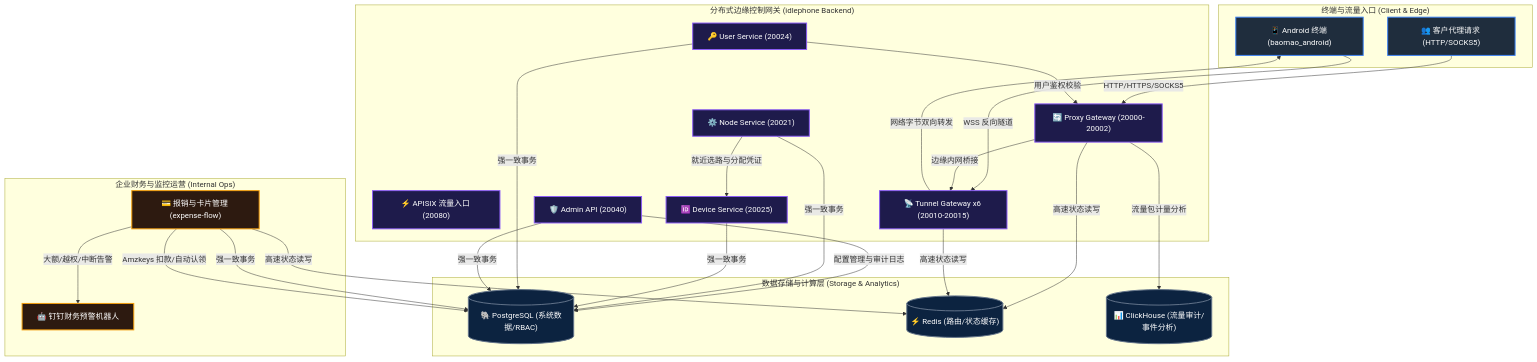
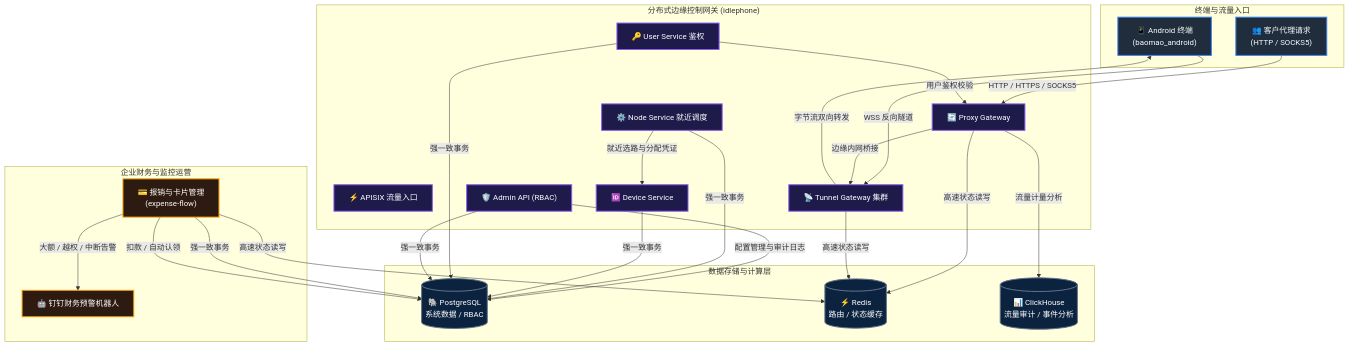
One commit to baoma-inc/.github changed the diagram in profile/README.md. Above: the diagram before and after it, drawn with Mermaid. The commit also changed other lines of this file and 4 other files, not shown here.

First line of the commit message:
feat: 组织主页全面升级 — 中文介绍 + 贡献排行榜 + Snake 图 + 自动统计

````diff
--- a/profile/README.md
+++ b/profile/README.md
@@ -44,54 +68,49 @@
 ```mermaid
 graph TD
-    %% Styling
     classDef client fill:#1f2d3d,stroke:#3b82f6,stroke-width:2px,color:#fff;
-    classDef edge fill:#111827,stroke:#10b981,stroke-width:2px,color:#fff;
     classDef backend fill:#1e1b4b,stroke:#8b5cf6,stroke-width:2px,color:#fff;
     classDef ops fill:#2d1a10,stroke:#f59e0b,stroke-width:2px,color:#fff;
     classDef db fill:#0c2340,stroke:#64748b,stroke-width:2px,color:#fff;
 
-    subgraph "终端与流量入口 (Client & Edge)"
-        Android["📱 Android 终端 (baomao_android)"]:::client
-        ProxyClient["👥 客户代理请求 (HTTP/SOCKS5)"]:::client
+    subgraph "终端与流量入口"
+        Android["📱 Android 终端<br>(baomao_android)"]:::client
+        ProxyClient["👥 客户代理请求<br>(HTTP / SOCKS5)"]:::client
     end
 
-    subgraph "分布式边缘控制网关 (idlephone Backend)"
-        APISIX["⚡ APISIX 流量入口 (20080)"]:::backend
-        ProxyGW["🔄 Proxy Gateway (20000-20002)"]:::backend
-        TunnelGW["📡 Tunnel Gateway x6 (20010-20015)"]:::backend
-        NodeSvc["⚙️ Node Service (20021)"]:::backend
-        UserSvc["🔑 User Service (20024)"]:::backend
-        DeviceSvc["🆔 Device Service (20025)"]:::backend
-        AdminApi["🛡️ Admin API (20040)"]:::backend
+    subgraph "分布式边缘控制网关 (idlephone)"
+        APISIX["⚡ APISIX 流量入口"]:::backend
+        ProxyGW["🔄 Proxy Gateway"]:::backend
+        TunnelGW["📡 Tunnel Gateway 集群"]:::backend
+        NodeSvc["⚙️ Node Service 就近调度"]:::backend
+        UserSvc["🔑 User Service 鉴权"]:::backend
+        DeviceSvc["🆔 Device Service"]:::backend
+        AdminApi["🛡️ Admin API (RBAC)"]:::backend
     end
 
-    subgraph "数据存储与计算层 (Storage & Analytics)"
-        PG[("🐘 PostgreSQL (系统数据/RBAC)")]:::db
-        Redis[("⚡ Redis (路由/状态缓存)")]:::db
-        CH[("📊 ClickHouse (流量审计/事件分析)")]:::db
+    subgraph "数据存储与计算层"
+        PG[("🐘 PostgreSQL<br>系统数据 / RBAC")]:::db
+        Redis[("⚡ Redis<br>路由 / 状态缓存")]:::db
+        CH[("📊 ClickHouse<br>流量审计 / 事件分析")]:::db
     end
 
-    subgraph "企业财务与监控运营 (Internal Ops)"
-        ExpenseFlow["💳 报销与卡片管理 (expense-flow)"]:::ops
+    subgraph "企业财务与监控运营"
+        ExpenseFlow["💳 报销与卡片管理<br>(expense-flow)"]:::ops
         DingTalk["🤖 钉钉财务预警机器人"]:::ops
     end
 
-    %% 核心数据流与控制流
     Android -->|WSS 反向隧道| TunnelGW
-    ProxyClient -->|HTTP/HTTPS/SOCKS5| ProxyGW
+    ProxyClient -->|HTTP / HTTPS / SOCKS5| ProxyGW
     ProxyGW -->|边缘内网桥接| TunnelGW
-    TunnelGW -->|网络字节双向转发| Android
-    
+    TunnelGW -->|字节流双向转发| Android
+
     NodeSvc -->|就近选路与分配凭证| DeviceSvc
     UserSvc -->|用户鉴权校验| ProxyGW
     AdminApi -->|配置管理与审计日志| PG
-    
-    %% 数据库交互
+
     NodeSvc & DeviceSvc & UserSvc & AdminApi & ExpenseFlow -->|强一致事务| PG
     ProxyGW & TunnelGW & ExpenseFlow -->|高速状态读写| Redis
-    ProxyGW -->|流量包计量分析| CH
+    ProxyGW -->|流量计量分析| CH
 
-    %% 财务及机器人
-    ExpenseFlow -->|Amzkeys 扣款/自动认领| PG
-    ExpenseFlow -->|大额/越权/中断告警| DingTalk
+    ExpenseFlow -->|扣款 / 自动认领| PG
+    ExpenseFlow -->|大额 / 越权 / 中断告警| DingTalk
 ```
````
